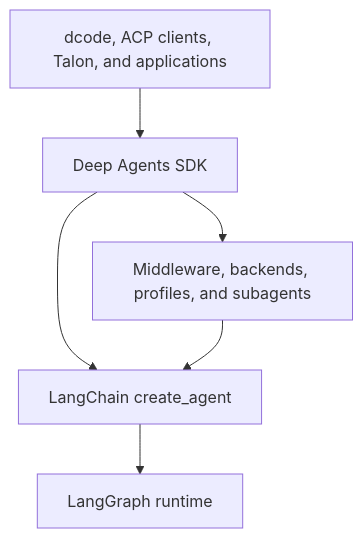
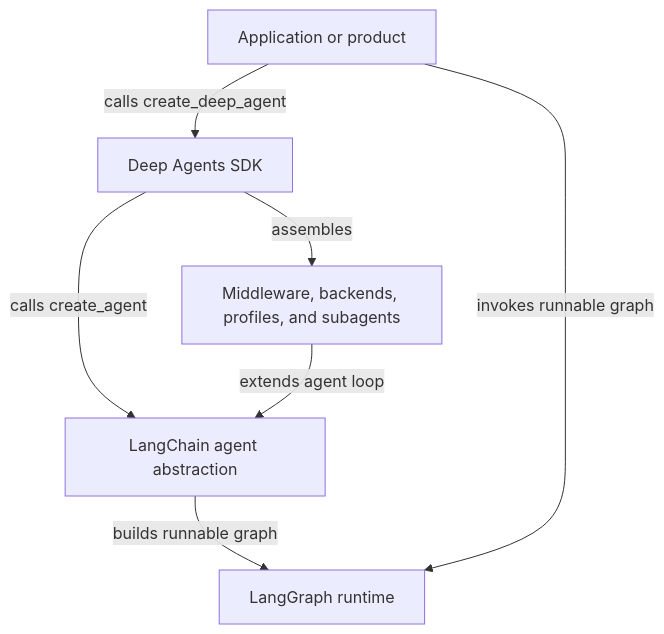
The first of 3 diagrams in openwiki/architecture/overview.md (langchain-ai/deepagents), drawn with Mermaid before and after one commit. The commit also changed other lines of this file and 63 other files, not shown here.

````diff
--- a/openwiki/architecture/overview.md
+++ b/openwiki/architecture/overview.md
@@ -62,8 +32,9 @@
 ```mermaid
 flowchart TD
-  Products["dcode, ACP clients, Talon, and applications"] --> SDK["Deep Agents SDK"]
-  SDK --> LC["LangChain create_agent"]
-  LC --> LG["LangGraph runtime"]
-  SDK --> Harness["Middleware, backends, profiles, and subagents"]
-  Harness --> LC
+  App["Application or product"] -->|"calls create_deep_agent"| SDK["Deep Agents SDK"]
+  SDK -->|"calls create_agent"| LC["LangChain agent abstraction"]
+  LC -->|"builds runnable graph"| LG["LangGraph runtime"]
+  App -->|"invokes runnable graph"| LG
+  SDK -->|"assembles"| Harness["Middleware, backends, profiles, and subagents"]
+  Harness -->|"extends agent loop"| LC
 ```
````
